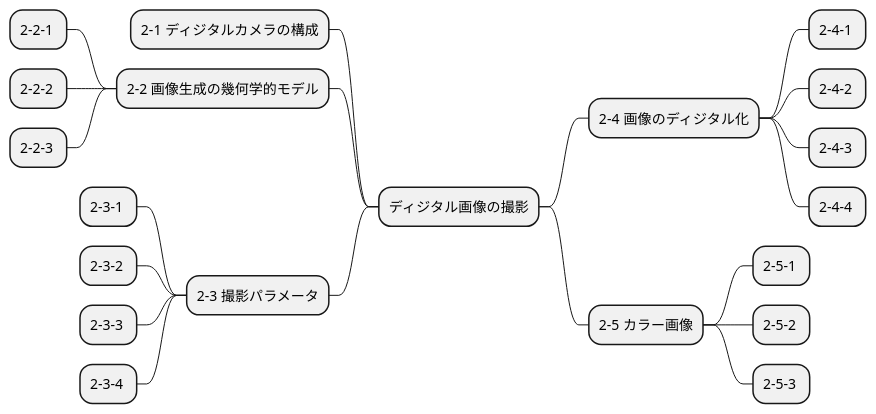
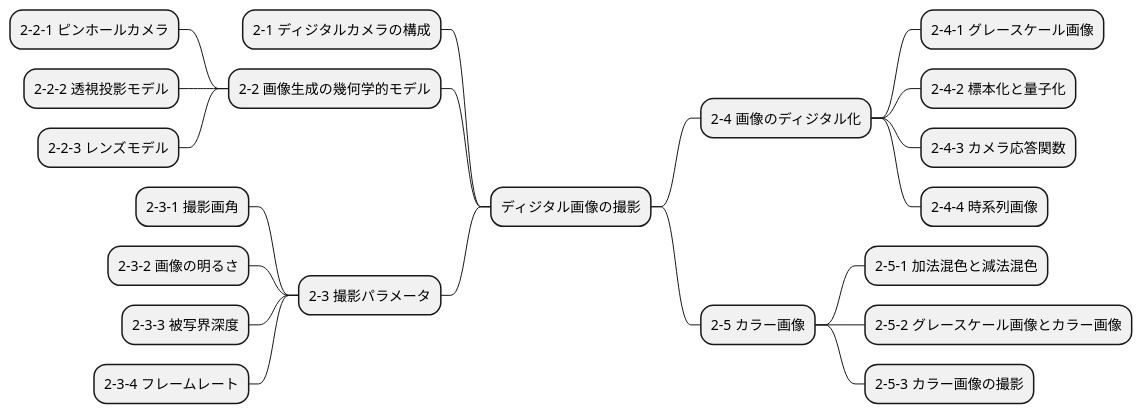
One commit to Takayoshi-Matsuyama/image_processing changed the diagram in mindmap/img_proc_expert_02.puml. Above: the diagram before and after it, drawn with PlantUML. The commit also changed 16 other files, not shown here.

Commit message:
mindmap - ex index

```diff
--- a/mindmap/img_proc_expert_02.puml
+++ b/mindmap/img_proc_expert_02.puml
@@ -1,22 +1,22 @@
 @startmindmap img_proc_expert_02
 + ディジタル画像の撮影
 -- 2-1 ディジタルカメラの構成
 -- 2-2 画像生成の幾何学的モデル
---- 2-2-1 
---- 2-2-2 
---- 2-2-3 
+--- 2-2-1 ピンホールカメラ
+--- 2-2-2 透視投影モデル
+--- 2-2-3 レンズモデル
 -- 2-3 撮影パラメータ
---- 2-3-1 
---- 2-3-2 
---- 2-3-3 
---- 2-3-4 
+--- 2-3-1 撮影画角
+--- 2-3-2 画像の明るさ
+--- 2-3-3 被写界深度
+--- 2-3-4 フレームレート
 ++ 2-4 画像のディジタル化
-+++ 2-4-1 
-+++ 2-4-2 
-+++ 2-4-3 
-+++ 2-4-4 
++++ 2-4-1 グレースケール画像
++++ 2-4-2 標本化と量子化
++++ 2-4-3 カメラ応答関数
++++ 2-4-4 時系列画像
 ++ 2-5 カラー画像
-+++ 2-5-1 
-+++ 2-5-2 
-+++ 2-5-3 
++++ 2-5-1 加法混色と減法混色
++++ 2-5-2 グレースケール画像とカラー画像
++++ 2-5-3 カラー画像の撮影
 @endmindmap
```
